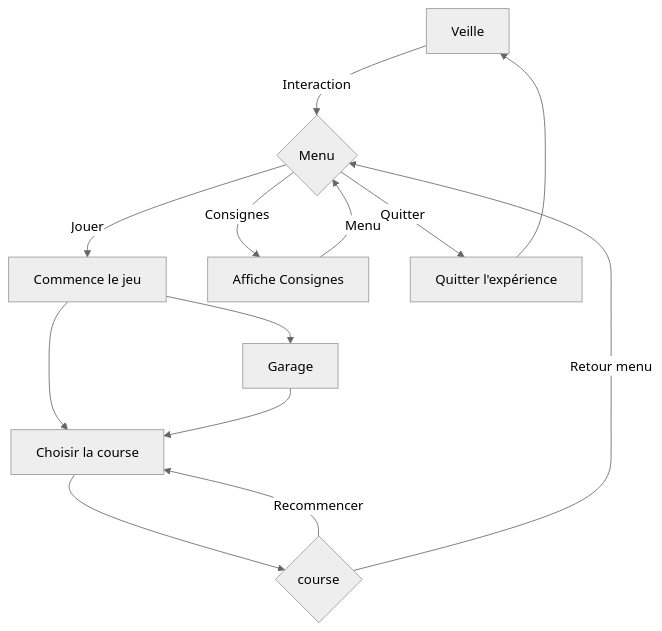
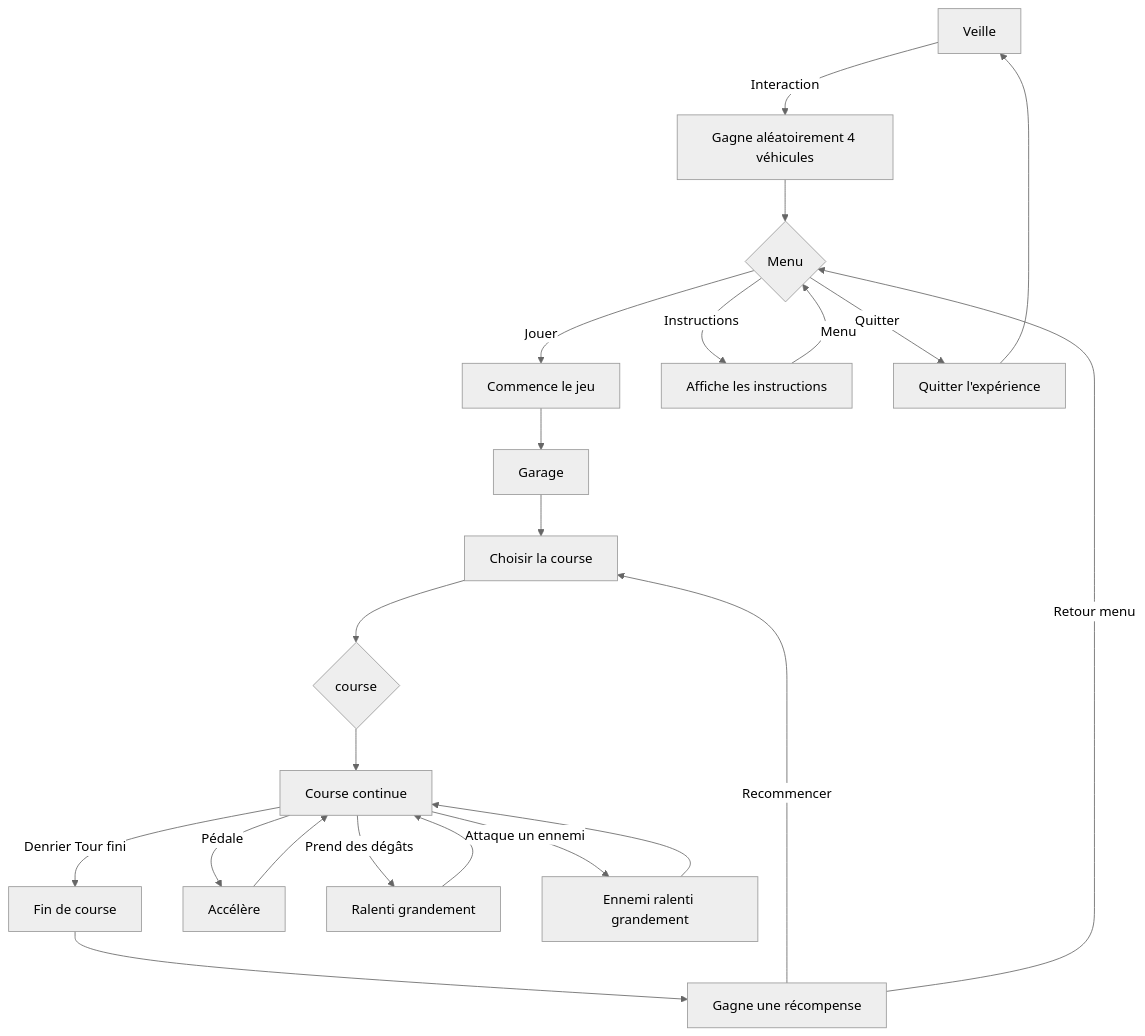
One commit to GearShift-Games/C0N-DU8 changed the diagram in README.md. Above: the diagram before and after it, drawn with Mermaid (neutral theme). The commit also changed other lines of this file, not shown here.

Commit message:
Mermaid updated. Will check in a team for the other changes

````diff
--- a/README.md
+++ b/README.md
@@ -33,18 +32,27 @@
 ```mermaid
 flowchart TD
-    A[Veille] -->|Interaction| C(Menu)
+    A[Veille] -->|Interaction| B[Gagne aléatoirement 4 véhicules]
+    B --> C{Menu}
     C -->|Jouer| D[Commence le jeu]
-    C -->|Consignes| E[Affiche Consignes]
+    C -->|Instructions| E[Affiche les instructions]
     C -->|Quitter| F[Quitter l'expérience]
     F --> A
-    E[Affiche Consignes]--> |Menu| C{Menu}
-    D --> H[Choisir la course]
+    E--> |Menu| C
     H --> J{course}
-    J --> |Recommencer| H
-    J --> |Retour menu| C
+    J --> K[Course continue]
+    K -->|Denrier Tour fini| M[Fin de course]
+    K -->|Pédale| N[Accélère]
+    K -->|Prend des dégâts| O[Ralenti grandement]
+    O --> K
+    P --> K
+    K -->|Attaque un ennemi| P[Ennemi ralenti grandement]
+    N --> K
+    M --> Q[Gagne une récompense]
+    Q --> |Recommencer| H
+    Q --> |Retour menu| C
     D --> I[Garage]
-    I --> H
+    I --> H[Choisir la course]
   
    
 
   ```
````
